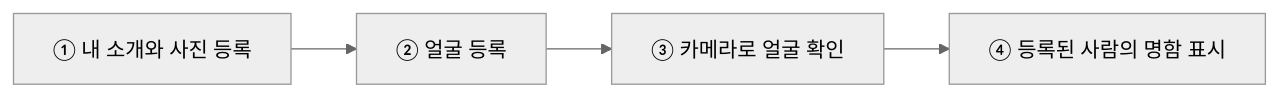
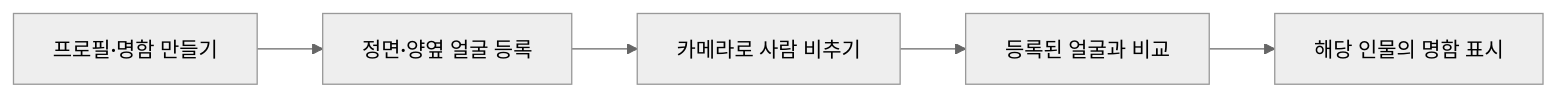
The first of 2 diagrams in README.md (SkyBluekor/APPPOFO-PUBLIC), drawn with Mermaid (neutral theme) before and after one commit. The commit also changed other lines of this file and 5 other files, not shown here.

````diff
--- a/README.md
+++ b/README.md
@@ -22,6 +19,7 @@
 ```mermaid
 flowchart LR
-  A["① 내 소개와 사진 등록"] --> B["② 얼굴 등록"]
-  B --> C["③ 카메라로 얼굴 확인"]
-  C --> D["④ 등록된 사람의 명함 표시"]
+    A["프로필·명함 만들기"] --> B["정면·양옆 얼굴 등록"]
+    B --> C["카메라로 사람 비추기"]
+    C --> D["등록된 얼굴과 비교"]
+    D --> E["해당 인물의 명함 표시"]
 ```
````
